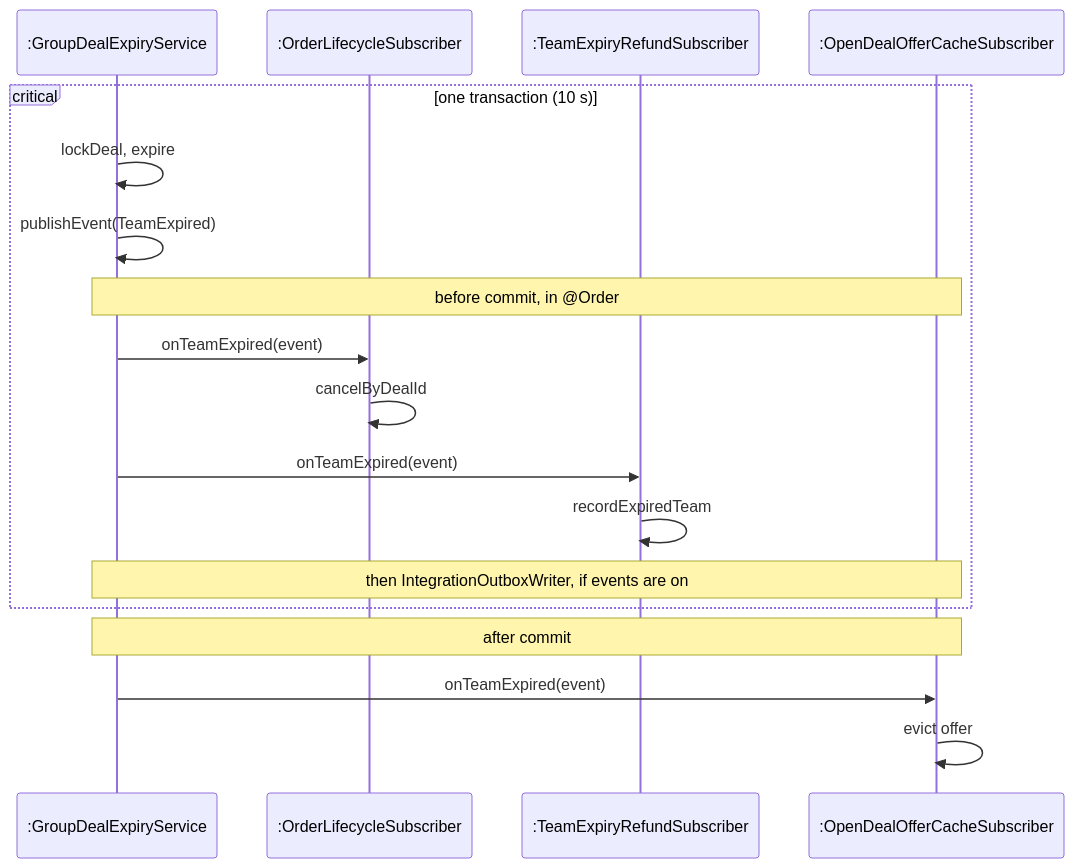
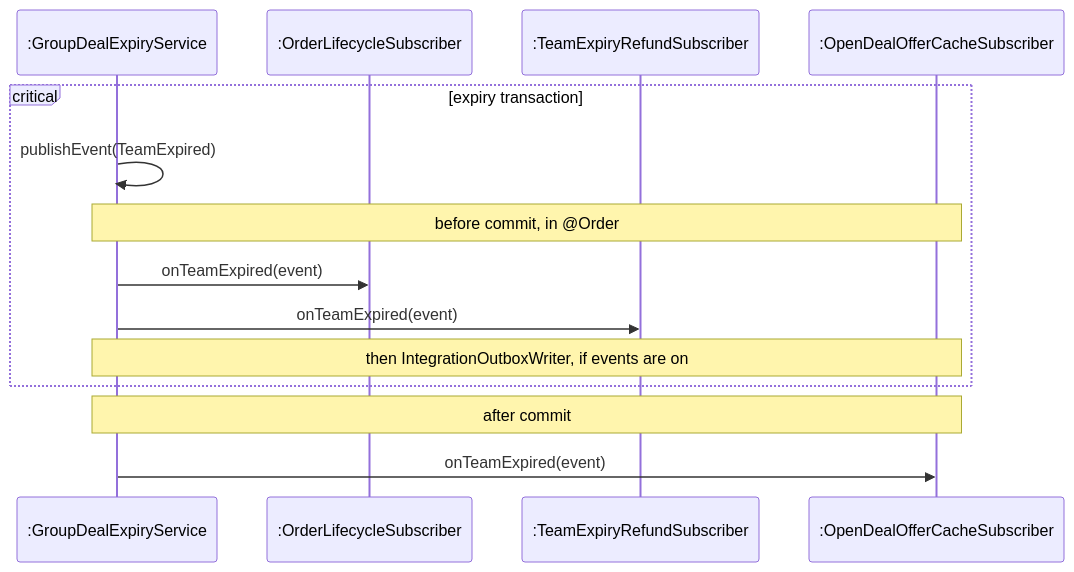
One commit to PPsyrius/iss-groupbuy-team8 changed the second of 2 diagrams in docs/swe5006/report/sections/03-2d-transition-9-yorik.md. Above: the diagram before and after it, drawn with Mermaid. The commit also changed other lines of this file, not shown here.

````diff
--- a/docs/swe5006/report/sections/03-2d-transition-9-yorik.md
+++ b/docs/swe5006/report/sections/03-2d-transition-9-yorik.md
@@ -134,20 +109,16 @@
 ```mermaid
 sequenceDiagram
     participant E as :GroupDealExpiryService
     participant O as :OrderLifecycleSubscriber
     participant R as :TeamExpiryRefundSubscriber
     participant C as :OpenDealOfferCacheSubscriber
-    critical one transaction (10 s)
-        E->>E: lockDeal, expire
+    critical expiry transaction
         E->>E: publishEvent(TeamExpired)
         Note over E,C: before commit, in @Order
         E->>O: onTeamExpired(event)
-        O->>O: cancelByDealId
         E->>R: onTeamExpired(event)
-        R->>R: recordExpiredTeam
         Note over E,C: then IntegrationOutboxWriter, if events are on
     end
     Note over E,C: after commit
     E->>C: onTeamExpired(event)
-    C->>C: evict offer
 ```
````
